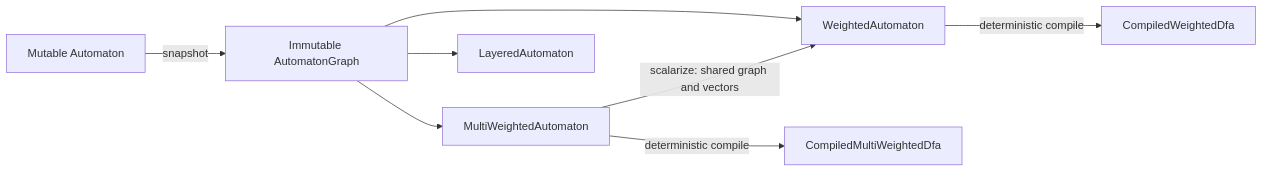
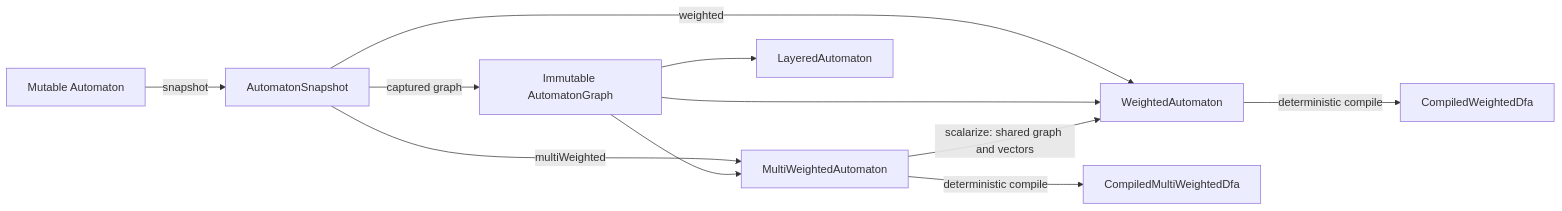
One commit to bebui/Automaton changed the diagram in docs/README.md. Above: the diagram before and after it, drawn with Mermaid. The commit also changed other lines of this file and 72 other files, not shown here.

````diff
--- a/docs/README.md
+++ b/docs/README.md
@@ -50,10 +52,13 @@
 ```mermaid
 flowchart LR
-    A[Mutable Automaton] -->|snapshot| G[Immutable AutomatonGraph]
-    G --> W[WeightedAutomaton]
-    G --> M[MultiWeightedAutomaton]
+    A[Mutable Automaton] -->|snapshot| S[AutomatonSnapshot]
+    S -->|captured graph| G[Immutable AutomatonGraph]
+    S -->|weighted| W[WeightedAutomaton]
+    S -->|multiWeighted| M[MultiWeightedAutomaton]
+    G --> W
+    G --> M
     M -->|scalarize: shared graph and vectors| W
     G --> H[LayeredAutomaton]
     W -->|deterministic compile| C[CompiledWeightedDfa]
     M -->|deterministic compile| V[CompiledMultiWeightedDfa]
 ```
````
